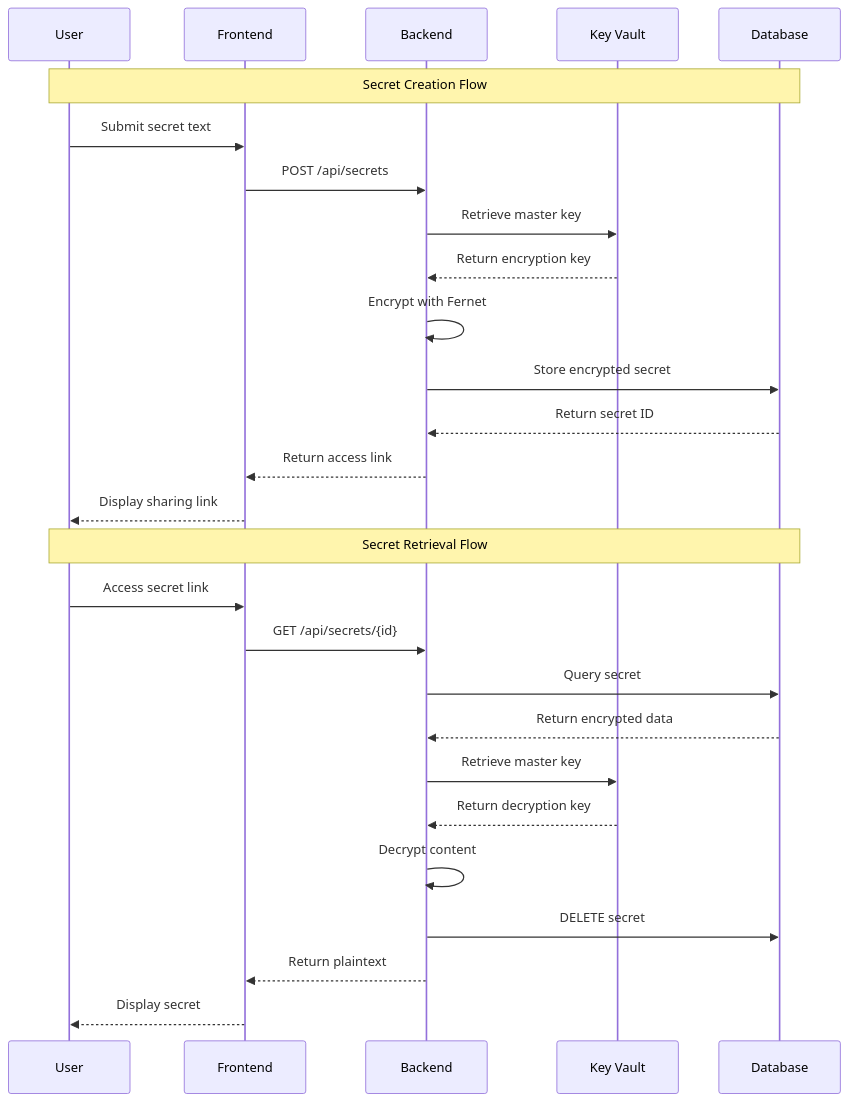
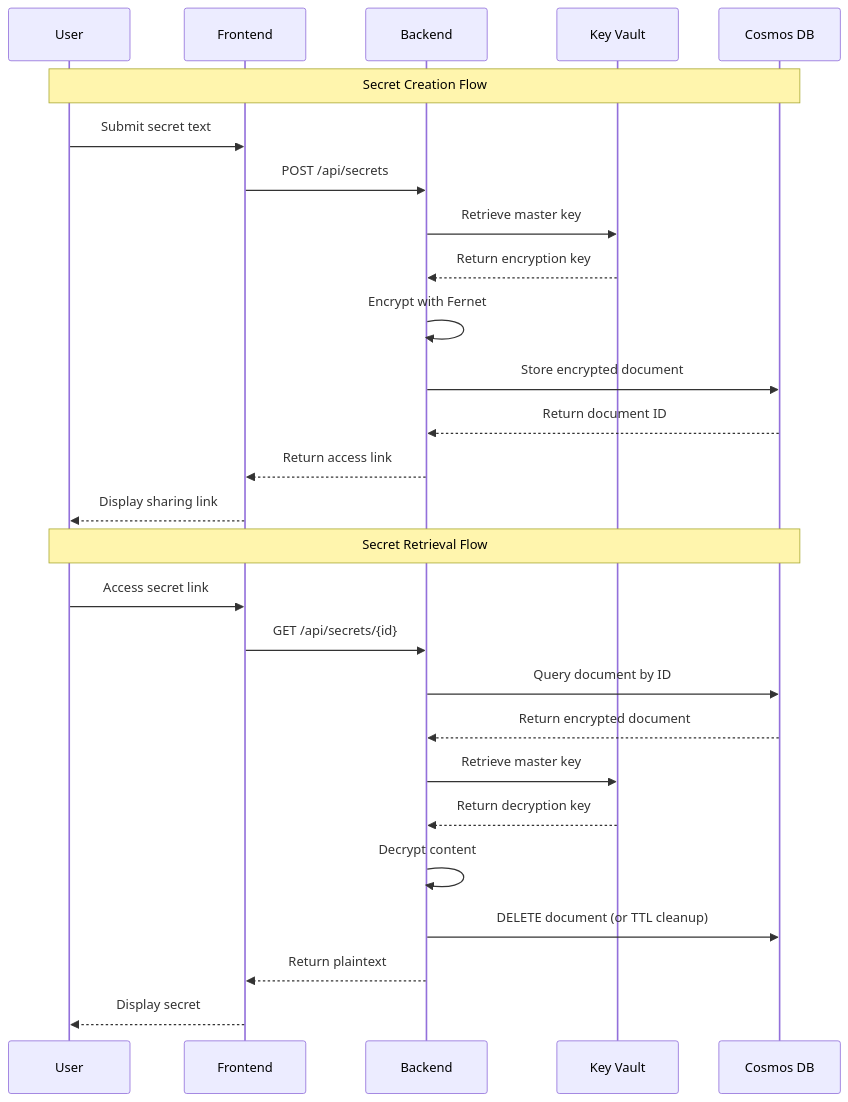
One commit to tiagonunes1491/Transio changed the third of 3 diagrams in docs/architecture.md. Above: the diagram before and after it, drawn with Mermaid. The commit also changed other lines of this file and 4 other files, not shown here.

````diff
--- a/docs/architecture.md
+++ b/docs/architecture.md
@@ -123,31 +171,31 @@
 ```mermaid
 sequenceDiagram
     participant U as User
     participant F as Frontend
     participant B as Backend
     participant KV as Key Vault
-    participant DB as Database
+    participant DB as Cosmos DB
 
     Note over U,DB: Secret Creation Flow
     U->>F: Submit secret text
     F->>B: POST /api/secrets
     B->>KV: Retrieve master key
     KV-->>B: Return encryption key
     B->>B: Encrypt with Fernet
-    B->>DB: Store encrypted secret
-    DB-->>B: Return secret ID
+    B->>DB: Store encrypted document
+    DB-->>B: Return document ID
     B-->>F: Return access link
     F-->>U: Display sharing link
 
     Note over U,DB: Secret Retrieval Flow
     U->>F: Access secret link
     F->>B: GET /api/secrets/{id}
-    B->>DB: Query secret
-    DB-->>B: Return encrypted data
+    B->>DB: Query document by ID
+    DB-->>B: Return encrypted document
     B->>KV: Retrieve master key
     KV-->>B: Return decryption key
     B->>B: Decrypt content
-    B->>DB: DELETE secret
+    B->>DB: DELETE document (or TTL cleanup)
     B-->>F: Return plaintext
     F-->>U: Display secret
 ```
````
